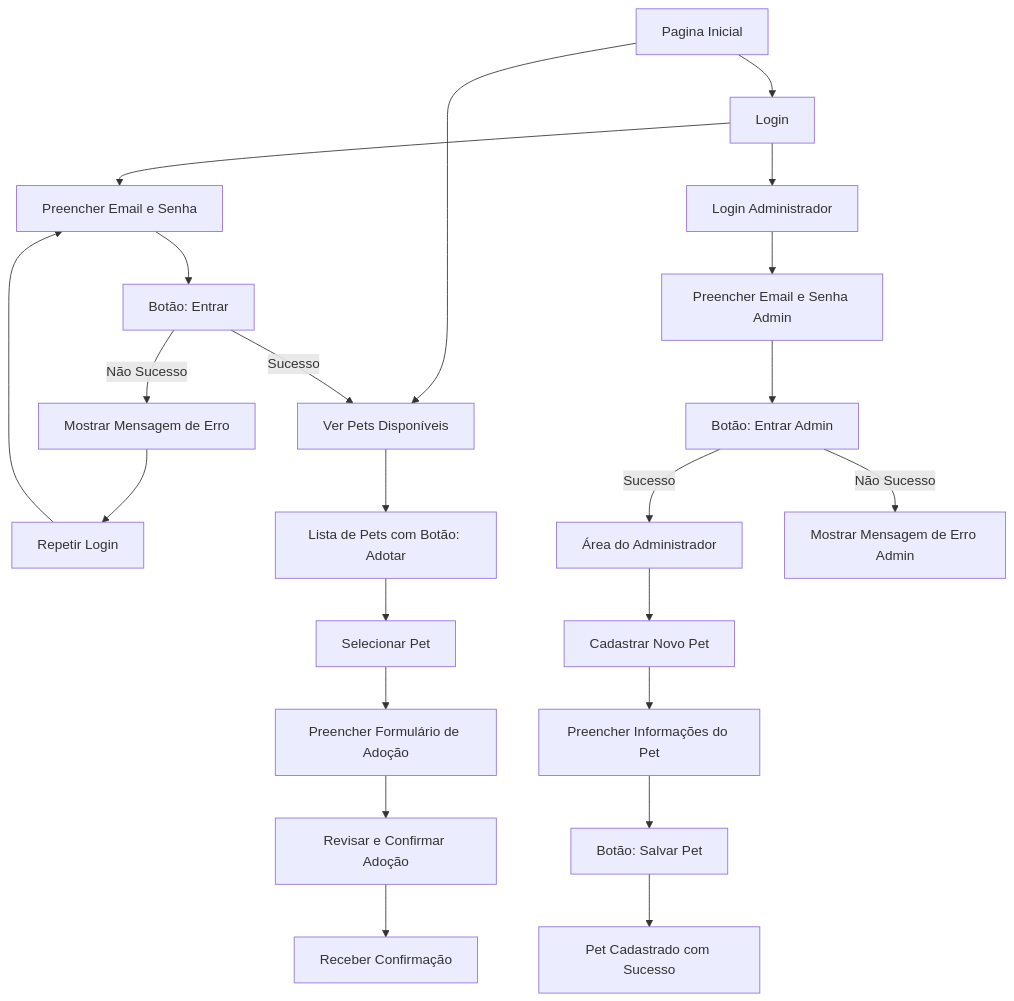
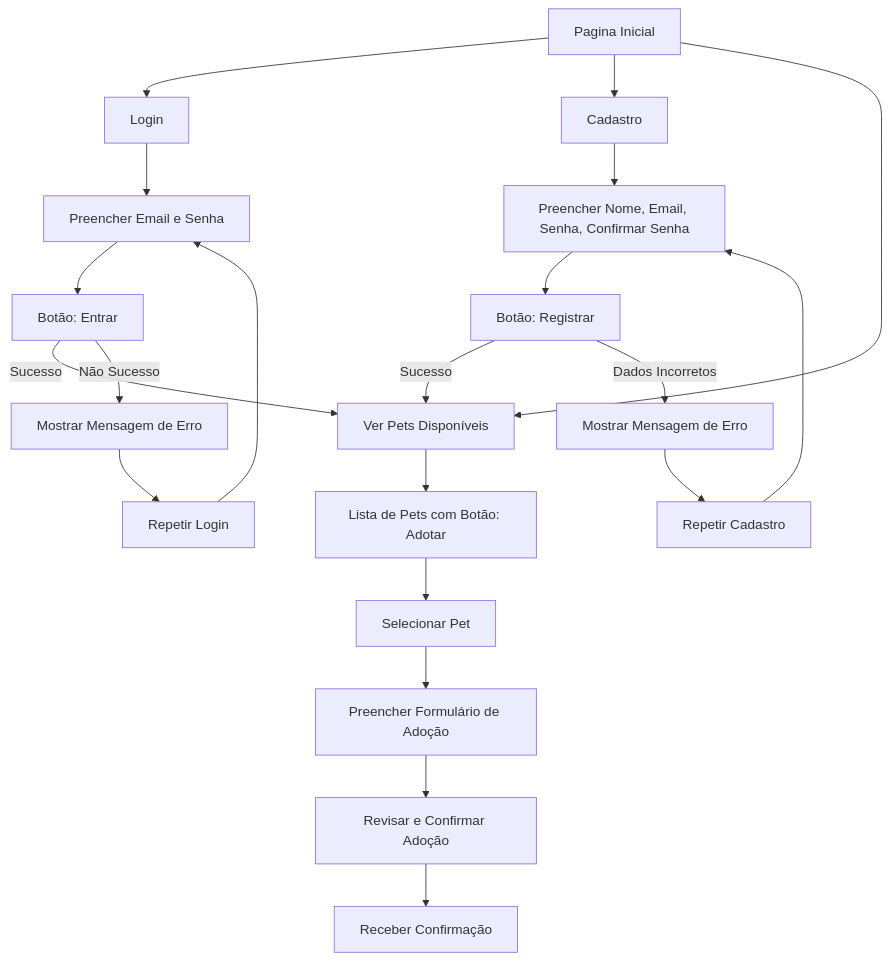
Before and after one commit to ICEI-PUC-Minas-PMV-ADS/pmv-ads-2024-2-e2-proj-int-t6-pmv-ads-2024-2-e2-proj-int-t6-IntApplicationProject-Template: the diagram in docs/04-Projeto de Interface.md, drawn with Mermaid.

Commit message:
Update 04-Projeto de Interface.md

````diff
--- a/docs/04-Projeto de Interface.md
+++ b/docs/04-Projeto de Interface.md
@@ -11,31 +11,26 @@
 ```mermaid
 graph TD;
-    a[Pagina Inicial] --> b[Login]
-    a --> d[Ver Pets Disponíveis]
+    A[Pagina Inicial] --> B[Login]
+    A --> C[Cadastro]
+    A --> D[Ver Pets Disponíveis]
     
-    b --> e[Preencher Email e Senha]
-    e --> f[Botão: Entrar]
-    f -->|Sucesso| d
-    f -->|Não Sucesso| n[Mostrar Mensagem de Erro]
-
-    n --> o[Repetir Login]
-    o --> e
+    B --> E[Preencher Email e Senha]
+    E --> F[Botão: Entrar]
+    F -->|Sucesso| D
+    F -->|Não Sucesso| N[Mostrar Mensagem de Erro]
+    N --> O[Repetir Login]
+    O --> E
     
-    d --> i[Lista de Pets com Botão: Adotar]
-    i --> j[Selecionar Pet]
-    j --> k[Preencher Formulário de Adoção]
-    k --> l[Revisar e Confirmar Adoção]
-    l --> m[Receber Confirmação]
-
-    %% Adicionando a parte de cadastro de pets apenas para administradores
-    b --> r[Login Administrador]
-    r --> s[Preencher Email e Senha Admin]
-    s --> t[Botão: Entrar Admin]
-    t -->|Sucesso| u[Área do Administrador]
-    t -->|Não Sucesso| v[Mostrar Mensagem de Erro Admin]
-
-    u --> w[Cadastrar Novo Pet]
-    w --> x[Preencher Informações do Pet]
-    x --> y[Botão: Salvar Pet]
-    y --> z[Pet Cadastrado com Sucesso]
+    C --> G[Preencher Nome, Email, Senha, Confirmar Senha]
+    G --> H[Botão: Registrar]
+    H -->|Sucesso| D
+    H -->|Dados Incorretos| P[Mostrar Mensagem de Erro]
+    P --> Q[Repetir Cadastro]
+    Q --> G
+    
+    D --> I[Lista de Pets com Botão: Adotar]
+    I --> J[Selecionar Pet]
+    J --> K[Preencher Formulário de Adoção]
+    K --> L[Revisar e Confirmar Adoção]
+    L --> M[Receber Confirmação]
 ```
````
